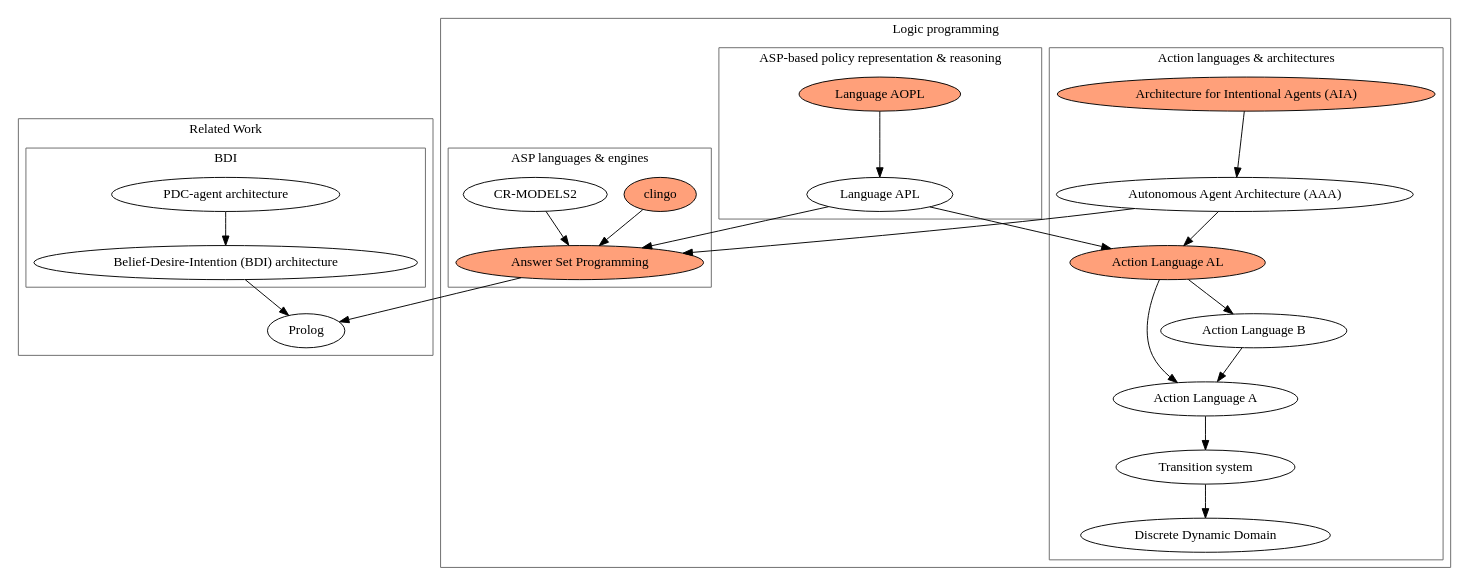
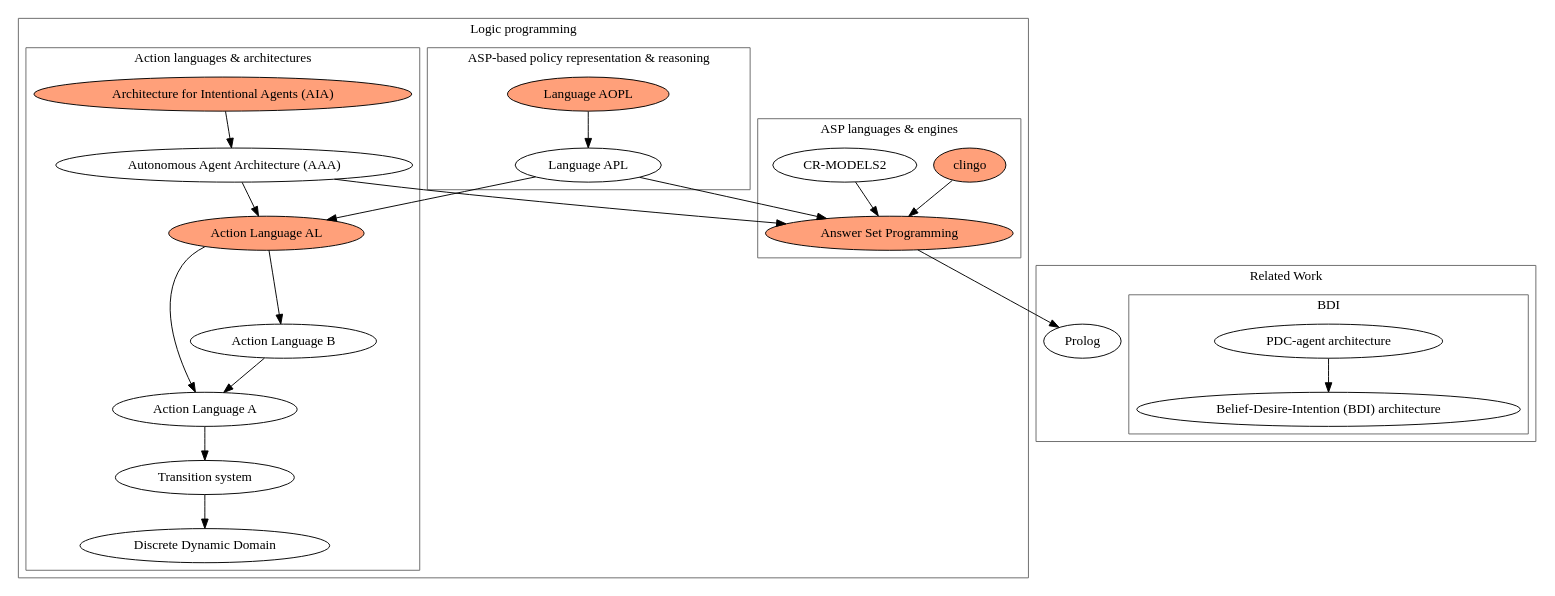
One commit to Entze/APIA changed the diagram in Figures/Concept_Map.dot. Above: the diagram before and after it, drawn with Graphviz.

Commit message:
Comment out 'bdi -> prolog'

```diff
--- a/Figures/Concept_Map.dot
+++ b/Figures/Concept_Map.dot
@@ -1,83 +1,83 @@
 digraph concept_map {
     subgraph cluster_logic_programming {
         label = "Logic programming";
         style = solid;
         color = dimgray;
 
         subgraph cluster_asp_engines {
             label = "ASP languages & engines";
             style = solid;
             color = dimgray;
 
             clingo [label = "clingo" style = filled fillcolor = lightsalmon];
             asp [label = "Answer Set Programming" style = filled fillcolor = lightsalmon];
             // cr_prolog [label = "CR-Prolog language"];
             cr_models [label = "CR-MODELS2"];
             // asp_core_2 [label = "ASP-Core-2"];
         }
 
         subgraph cluster_agents {
             label = "Action languages & architectures";
             style = solid;
             color = dimgray;
 
             discrete_dynamic_domain [label = "Discrete Dynamic Domain"];
             transition_system [label = "Transition system"];
             action_language_a [label = "Action Language A"];
             action_language_b [label = "Action Language B"];
             action_language_al [label = "Action Language AL" style = filled fillcolor = lightsalmon];
             aaa_architecture [label = "Autonomous Agent Architecture (AAA)"];
             aia_architecture [label = "Architecture for Intentional Agents (AIA)" style = filled fillcolor = lightsalmon];
         }
 
         subgraph cluster_policies {
             label = "ASP-based policy representation & reasoning";
             style = solid;
             color = dimgray;
 
             language_apl [label = "Language APL"];
             language_aopl [label = "Language AOPL" style = filled fillcolor = lightsalmon];
         }
     }
 
     subgraph cluster_related_work {
         label = "Related Work";
         style = solid;
         color = dimgray;
 
         subgraph cluster_bdi_agents {
             label = "BDI";
             style = solid;
             color = dimgray;
 
             bdi [label = "Belief-Desire-Intention (BDI) architecture"];
             pdc_agent [label = "PDC-agent architecture"];
         }
         prolog [label = "Prolog"];
     }
 
     transition_system -> discrete_dynamic_domain;
     action_language_a -> transition_system;
     action_language_b -> action_language_a;
     action_language_al -> action_language_a;
     action_language_al -> action_language_b;
 
     aaa_architecture -> action_language_al;
     aaa_architecture -> asp;
     aia_architecture -> aaa_architecture;
 
     language_apl -> action_language_al;
     language_apl -> asp;
 
     language_aopl -> language_apl;
 
-    bdi -> prolog;
+    // bdi -> prolog;
 
     pdc_agent -> bdi;
 
     cr_models -> asp;
 
     asp -> prolog;
 
     clingo -> asp;
 }
```
